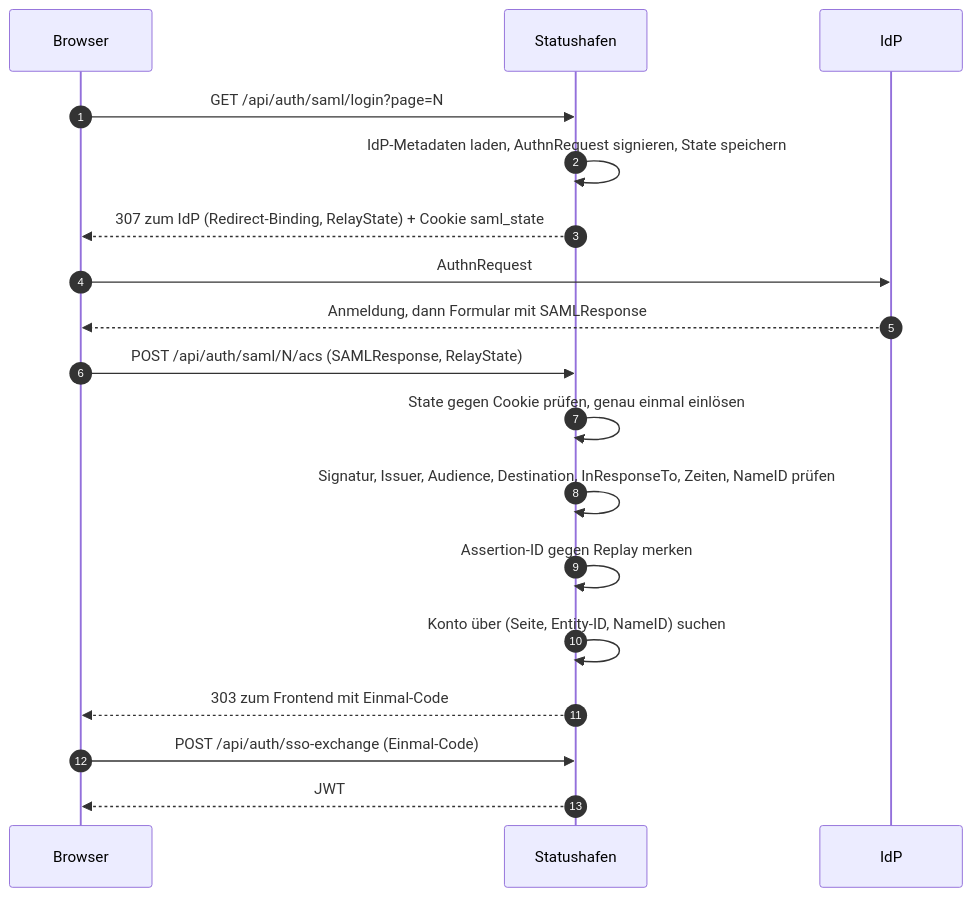
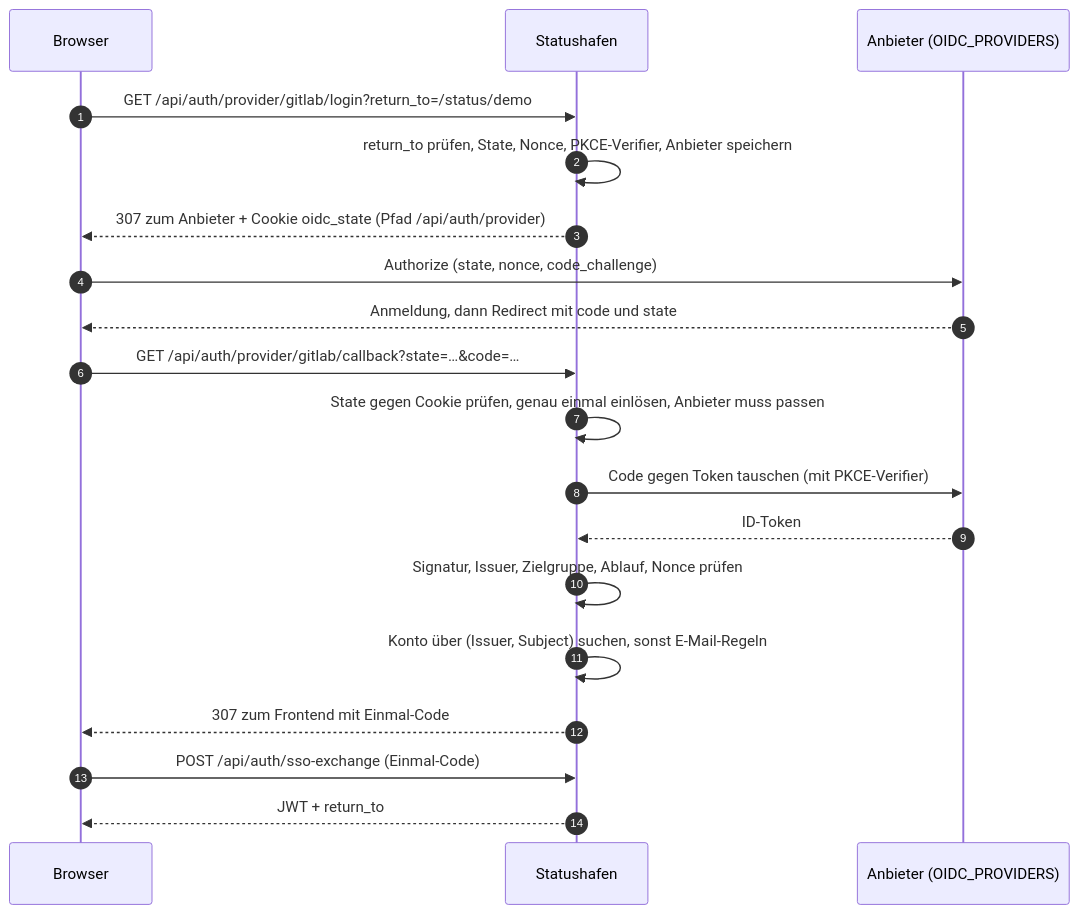
One commit to FrAigner/statushafen changed the second of 4 diagrams in docs/sso/architecture.md. Above: the diagram before and after it, drawn with Mermaid. The commit also changed other lines of this file and 176 other files, not shown here.

First line of the commit message:
Sign-in only via generic OIDC, optional password login, return to origin (#25)

````diff
--- a/docs/sso/architecture.md
+++ b/docs/sso/architecture.md
@@ -36,20 +36,21 @@
 ```mermaid
 sequenceDiagram
     autonumber
     participant B as Browser
     participant S as Statushafen
-    participant I as IdP
-    B->>S: GET /api/auth/saml/login?page=N
-    S->>S: IdP-Metadaten laden, AuthnRequest signieren, State speichern
-    S-->>B: 307 zum IdP (Redirect-Binding, RelayState) + Cookie saml_state
-    B->>I: AuthnRequest
-    I-->>B: Anmeldung, dann Formular mit SAMLResponse
-    B->>S: POST /api/auth/saml/N/acs (SAMLResponse, RelayState)
-    S->>S: State gegen Cookie prüfen, genau einmal einlösen
-    S->>S: Signatur, Issuer, Audience, Destination, InResponseTo, Zeiten, NameID prüfen
-    S->>S: Assertion-ID gegen Replay merken
-    S->>S: Konto über (Seite, Entity-ID, NameID) suchen
-    S-->>B: 303 zum Frontend mit Einmal-Code
+    participant I as Anbieter (OIDC_PROVIDERS)
+    B->>S: GET /api/auth/provider/gitlab/login?return_to=/status/demo
+    S->>S: return_to prüfen, State, Nonce, PKCE-Verifier, Anbieter speichern
+    S-->>B: 307 zum Anbieter + Cookie oidc_state (Pfad /api/auth/provider)
+    B->>I: Authorize (state, nonce, code_challenge)
+    I-->>B: Anmeldung, dann Redirect mit code und state
+    B->>S: GET /api/auth/provider/gitlab/callback?state=…&code=…
+    S->>S: State gegen Cookie prüfen, genau einmal einlösen, Anbieter muss passen
+    S->>I: Code gegen Token tauschen (mit PKCE-Verifier)
+    I-->>S: ID-Token
+    S->>S: Signatur, Issuer, Zielgruppe, Ablauf, Nonce prüfen
+    S->>S: Konto über (Issuer, Subject) suchen, sonst E-Mail-Regeln
+    S-->>B: 307 zum Frontend mit Einmal-Code
     B->>S: POST /api/auth/sso-exchange (Einmal-Code)
-    S-->>B: JWT
+    S-->>B: JWT + return_to
 ```
````
